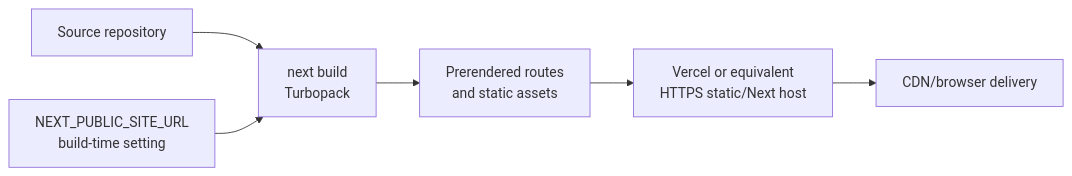
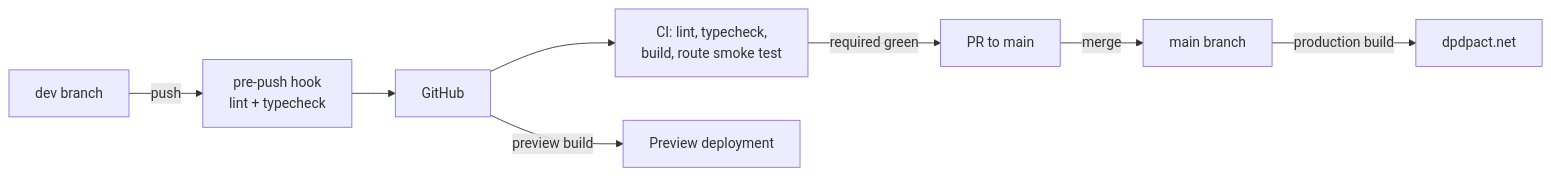
Before and after one commit to ajitbubu/dpdpact.net: the sixth of 6 diagrams in ARCHITECTURE.md, drawn with Mermaid. The commit also changed other lines of this file and 2 other files, not shown here.

````diff
--- a/ARCHITECTURE.md
+++ b/ARCHITECTURE.md
@@ -186,8 +190,10 @@
 ```mermaid
 flowchart LR
-    S[Source repository] --> B[next build<br/>Turbopack]
-    E[NEXT_PUBLIC_SITE_URL<br/>build-time setting] --> B
-    B --> O[Prerendered routes<br/>and static assets]
-    O --> V[Vercel or equivalent<br/>HTTPS static/Next host]
-    V --> CDN[CDN/browser delivery]
+    D[dev branch] -->|push| H[pre-push hook<br/>lint + typecheck]
+    H --> G[GitHub]
+    G --> CI[CI: lint, typecheck,<br/>build, route smoke test]
+    G -->|preview build| P[Preview deployment]
+    CI -->|required green| PR[PR to main]
+    PR -->|merge| M[main branch]
+    M -->|production build| V[dpdpact.net]
 ```
````
